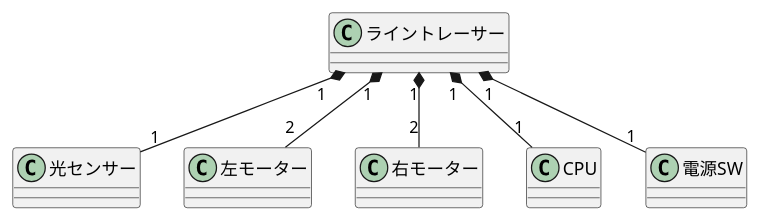
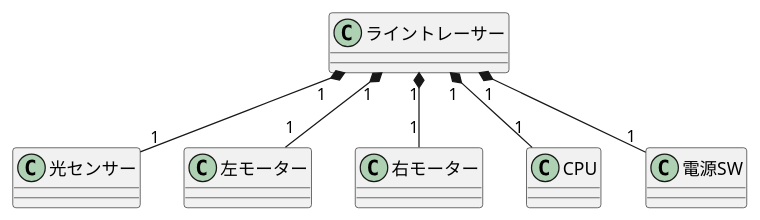
The diagram in 6/演習6-5-1_クラス図_ライントレーサー.pu (chibachibaibu2003/laughing-carnival), drawn with PlantUML before and after one commit.

Commit message:
演習6-5-1の修正

```diff
--- a/6/演習6-5-1_クラス図_ライントレーサー.pu
+++ b/6/演習6-5-1_クラス図_ライントレーサー.pu
@@ -1,25 +1,25 @@
 @startuml 演習6-5-1
     class ライントレーサー{
 
     }
     class 光センサー{
 
     }
     class 左モーター{
 
     }
     class 右モーター{
 
     }
     class CPU{
 
     }
     class 電源SW{
 
     }
     ライントレーサー"1"*-down-"1" 光センサー
     ライントレーサー"1"*-down-"1"CPU
     ライントレーサー"1"*-down-"1"電源SW
-    ライントレーサー"1"*-down-"2"左モーター
-    ライントレーサー"1"*-down-"2"右モーター
+    ライントレーサー"1"*-down-"1"左モーター
+    ライントレーサー"1"*-down-"1"右モーター
 @enduml
```
